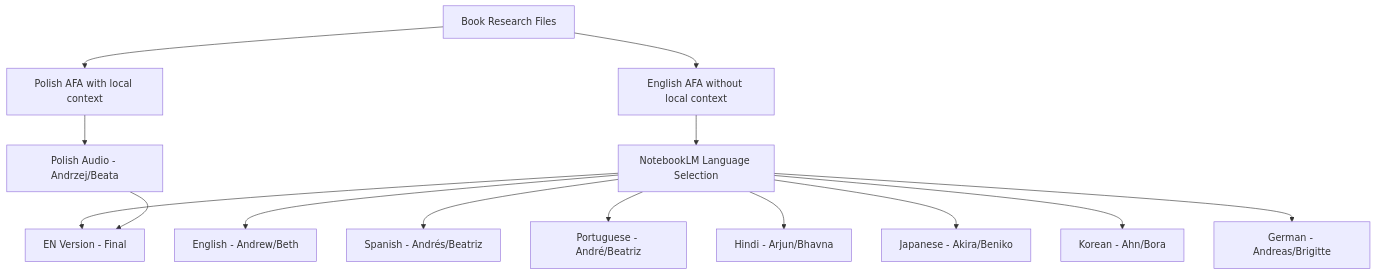
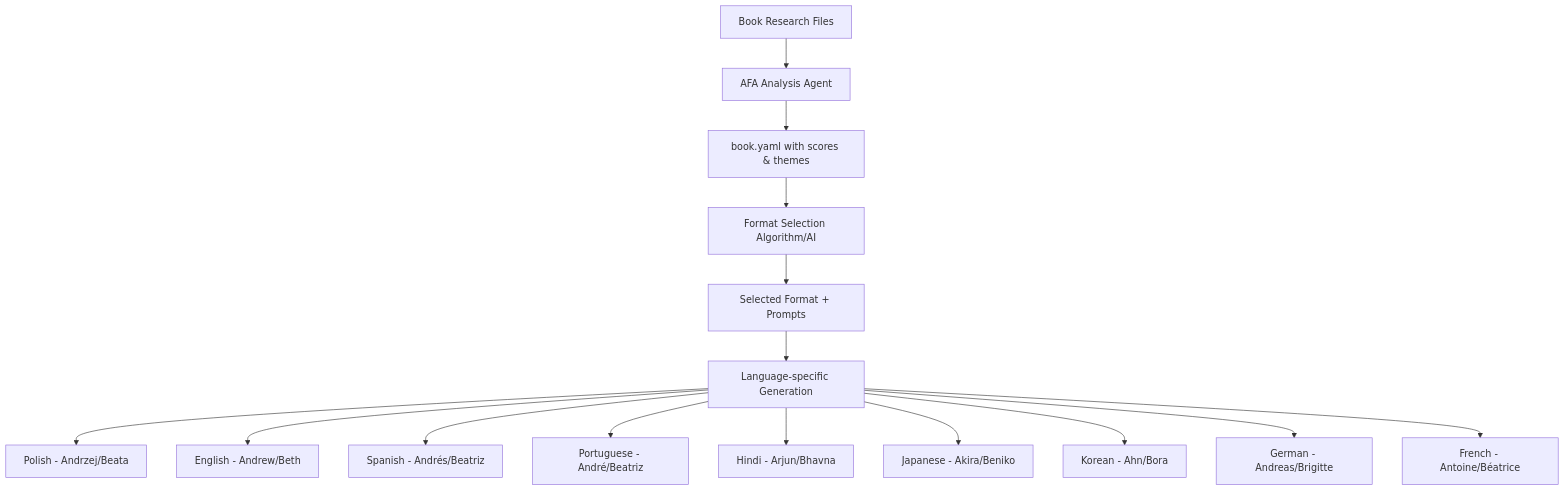
One commit to hipotures/37degrees changed the diagram in docs/MULTILINGUAL_AUDIO_GENERATION.md. Above: the diagram before and after it, drawn with Mermaid. The commit also changed other lines of this file and 141 other files, not shown here.

First line of the commit message:
feat: Add multilingual research system and update book configurations

````diff
--- a/docs/MULTILINGUAL_AUDIO_GENERATION.md
+++ b/docs/MULTILINGUAL_AUDIO_GENERATION.md
@@ -44,16 +58,17 @@
 ```mermaid
 graph TD
-    A[Book Research Files] --> B[Polish AFA with local context]
-    A --> C[English AFA without local context]
-    B --> D[Polish Audio - Andrzej/Beata]
-    C --> E[NotebookLM Language Selection]
-    E --> F[English - Andrew/Beth]
-    E --> G[Spanish - Andrés/Beatriz]
-    E --> H[Portuguese - André/Beatriz]
-    E --> I[Hindi - Arjun/Bhavna]
-    E --> J[Japanese - Akira/Beniko]
-    E --> K[Korean - Ahn/Bora]
-    E --> L[German - Andreas/Brigitte]
-    E --> M[French - Antoine/Béatrice]
-    D --> M[EN Version - Final]
+    A[Book Research Files] --> B[AFA Analysis Agent]
+    B --> C[book.yaml with scores & themes]
+    C --> D[Format Selection Algorithm/AI]
+    D --> E[Selected Format + Prompts]
+    E --> F[Language-specific Generation]
+    F --> G[Polish - Andrzej/Beata]
+    F --> H[English - Andrew/Beth]
+    F --> I[Spanish - Andrés/Beatriz]
+    F --> J[Portuguese - André/Beatriz]
+    F --> K[Hindi - Arjun/Bhavna]
+    F --> L[Japanese - Akira/Beniko]
+    F --> M[Korean - Ahn/Bora]
+    F --> N[German - Andreas/Brigitte]
+    F --> O[French - Antoine/Béatrice]
 ```
````
